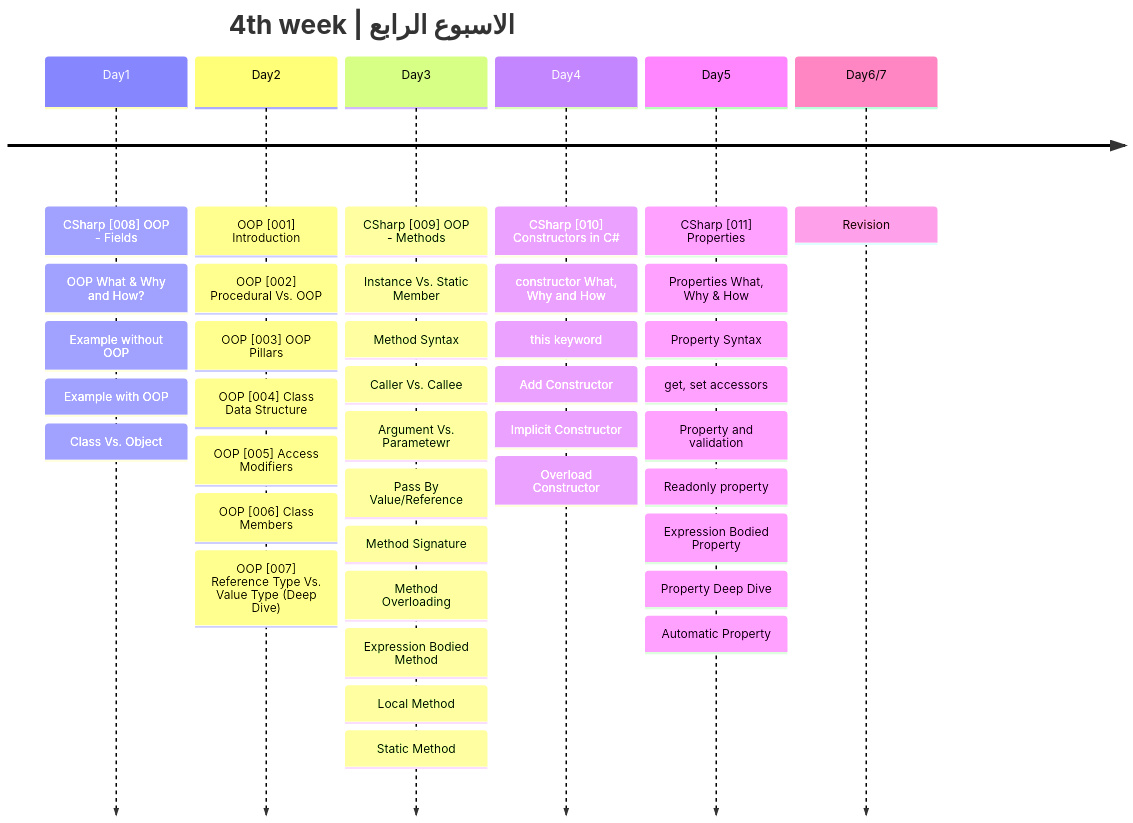
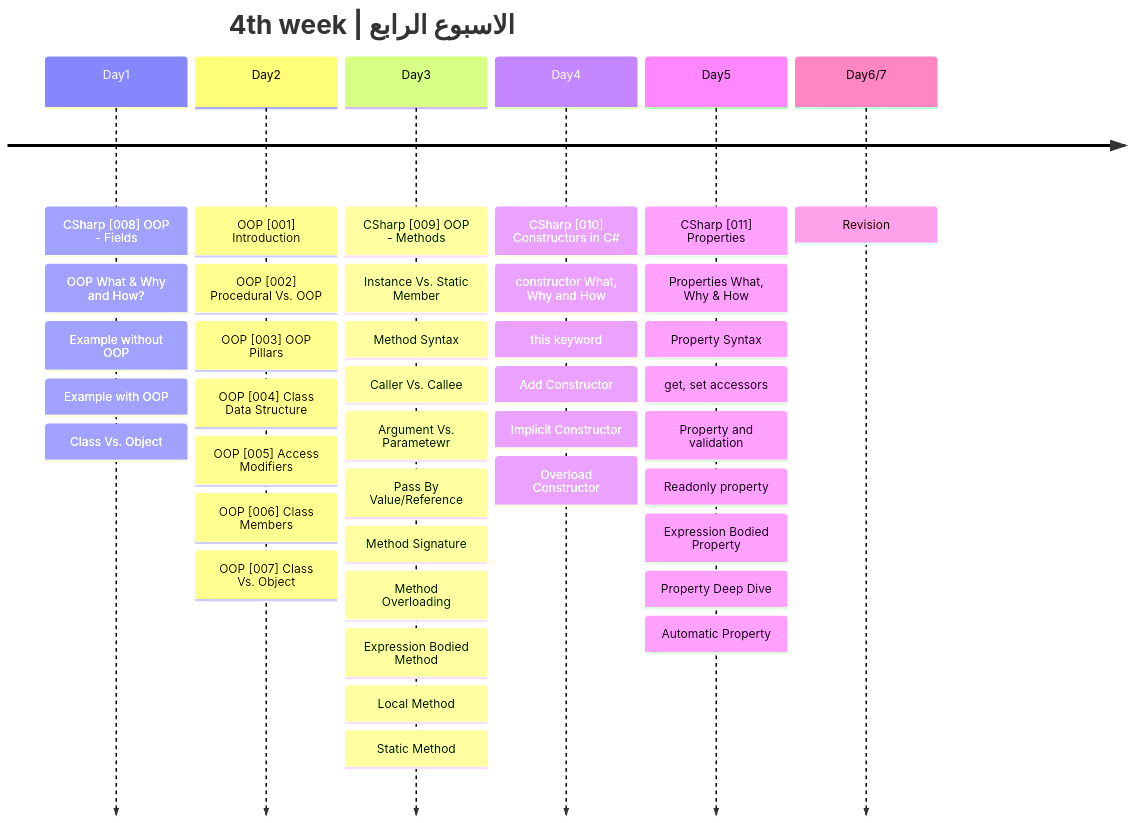
One commit to metigator/Roadmap changed the fifth of 9 diagrams in README.md. Above: the diagram before and after it, drawn with Mermaid. The commit also changed other lines of this file, not shown here.

````diff
--- a/README.md
+++ b/README.md
@@ -180,43 +180,43 @@
  ```mermaid
 timeline
     title 4th week | الاسبوع الرابع
     Day1 : CSharp [008] OOP - Fields
          : OOP What & Why and How? 
          : Example without OOP
          : Example with OOP
          : Class Vs. Object
     Day2 : OOP [001] Introduction
          : OOP [002] Procedural Vs. OOP
          : OOP [003] OOP Pillars
          : OOP [004] Class Data Structure
          : OOP [005] Access Modifiers
          : OOP [006] Class Members
-         : OOP [007] Reference Type Vs. Value Type (Deep Dive)
+         : OOP [007] Class Vs. Object
     Day3 : CSharp [009] OOP - Methods
          : Instance Vs. Static Member
          : Method Syntax
          : Caller Vs. Callee
          : Argument Vs. Parametewr
          : Pass By Value/Reference
          : Method Signature
          : Method Overloading
          : Expression Bodied Method
          : Local Method
          : Static Method 
     Day4 : CSharp [010] Constructors in C#
          : constructor What, Why and How 
          : this keyword
          : Add Constructor
          : Implicit Constructor
          : Overload Constructor
     Day5 : CSharp [011] Properties
          : Properties What, Why & How
          : Property Syntax
          : get, set accessors
          : Property and validation
          : Readonly property
          : Expression Bodied Property
          : Property Deep Dive
          : Automatic Property
   Day6/7 : Revision
 ```
````
